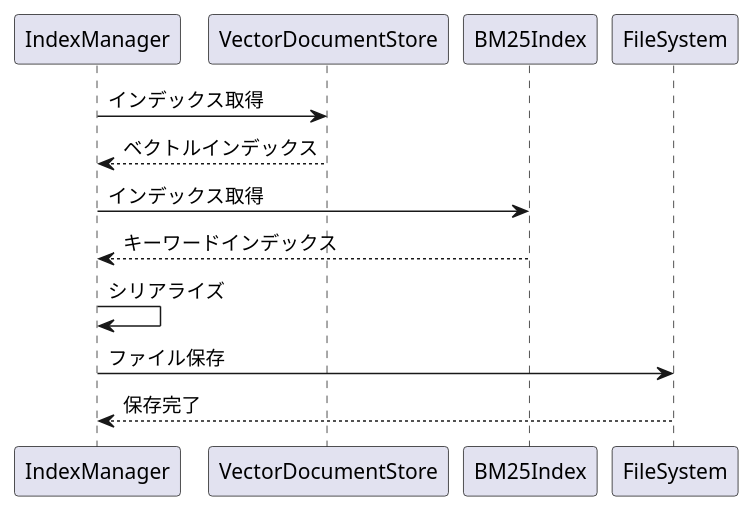
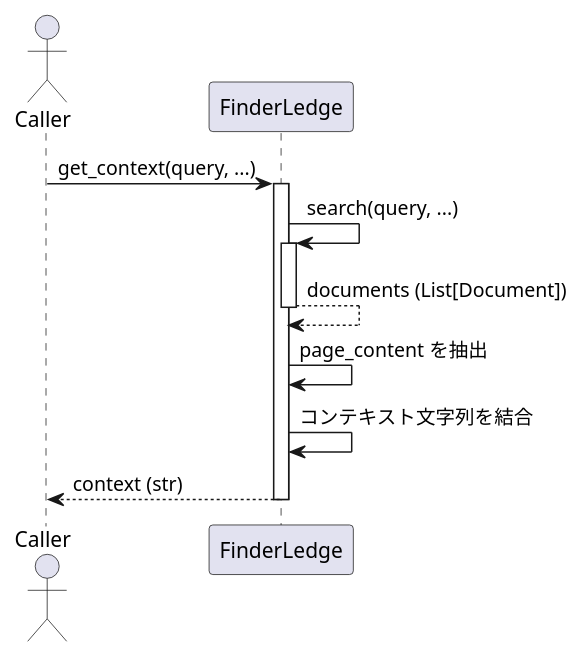
The fifth of 6 diagrams in docs/function_spec.md (kitfactory/findaledge), drawn with PlantUML before and after one commit. The commit also changed other lines of this file and 3 other files, not shown here.

````diff
--- a/docs/function_spec.md
+++ b/docs/function_spec.md
@@ -235,16 +273,17 @@
 ```plantuml
 @startuml
-participant "IndexManager" as IM
-participant "VectorDocumentStore" as VS
-participant "BM25Index" as BM25
-participant "FileSystem" as FS
+actor Caller
+participant "FinderLedge" as Ledge
 
-IM -> VS: インデックス取得
-VS --> IM: ベクトルインデックス
-IM -> BM25: インデックス取得
-BM25 --> IM: キーワードインデックス
-IM -> IM: シリアライズ
-IM -> FS: ファイル保存
-FS --> IM: 保存完了
+Caller -> Ledge : get_context(query, ...)
+activate Ledge
+Ledge -> Ledge : search(query, ...)
+activate Ledge
+Ledge --> Ledge : documents (List[Document])
+deactivate Ledge
+Ledge -> Ledge : page_content を抽出
+Ledge -> Ledge : コンテキスト文字列を結合
+Ledge --> Caller : context (str)
+deactivate Ledge
 @enduml
 ```
````
